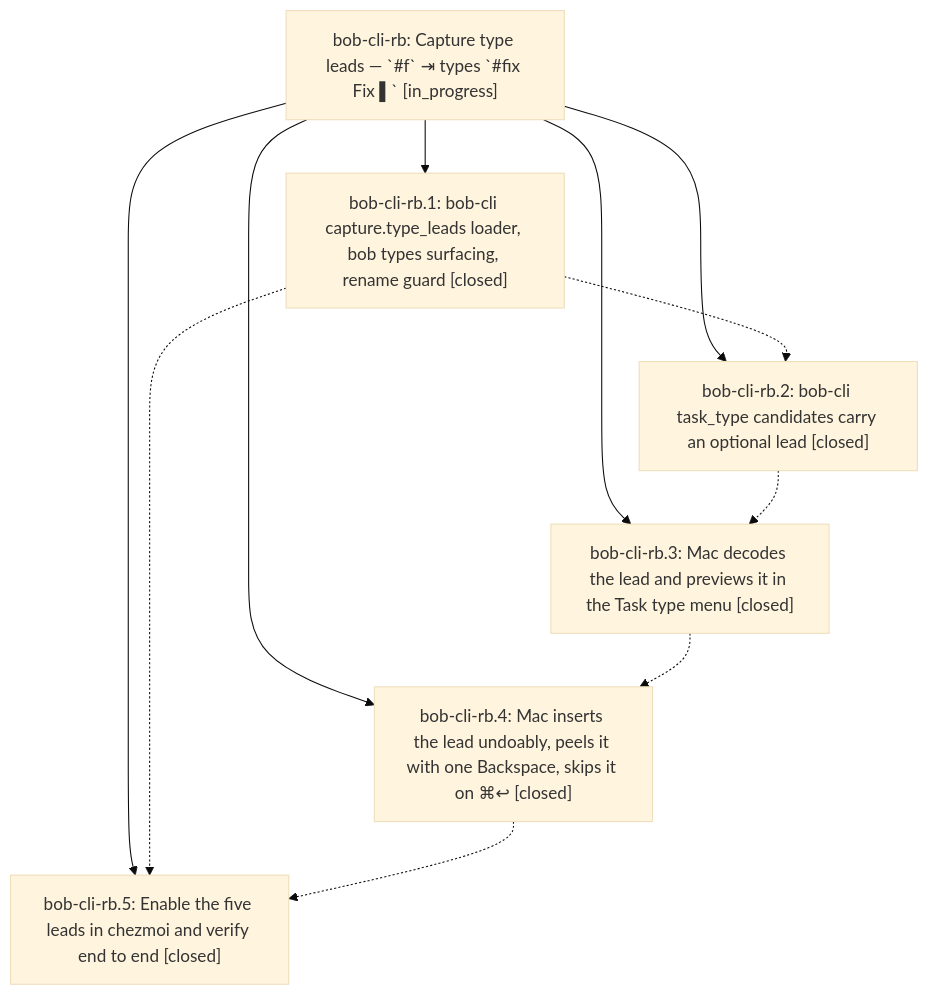
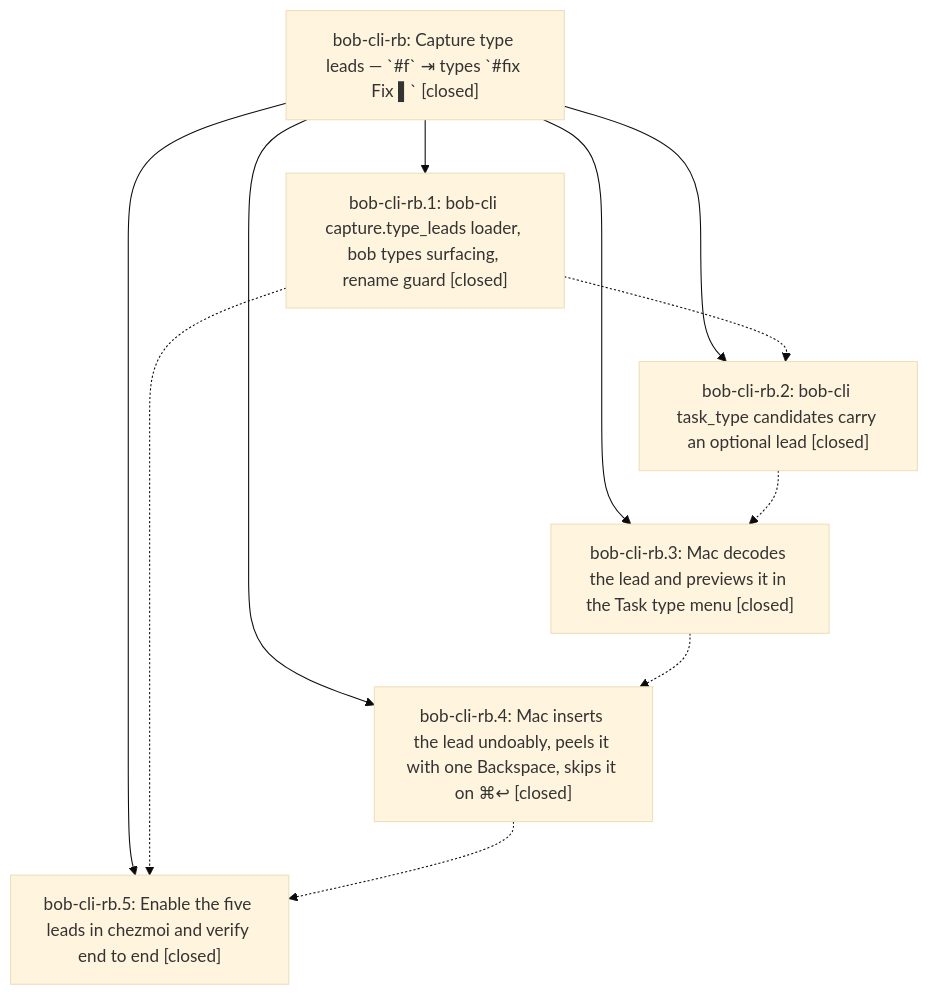
Before and after one commit to bobs-org/bob-cli--beads: the diagram in pages/bob-cli-rb/README.md, drawn with Mermaid (base theme). The commit also changed other lines of this file and 2 other files, not shown here.

First line of the commit message:
chore(beads): sync bead state and pages for bob-cli-rb

````diff
--- a/pages/bob-cli-rb/README.md
+++ b/pages/bob-cli-rb/README.md
@@ -40,19 +44,19 @@
 ```mermaid
 flowchart TD
-    n0["bob-cli-rb: Capture type leads — `#f` ⇥ types `#fix Fix ▌` [in_progress]"]
+    n0["bob-cli-rb: Capture type leads — `#f` ⇥ types `#fix Fix ▌` [closed]"]
     n1["bob-cli-rb.1: bob-cli capture.type_leads loader, bob types surfacing, rename guard [closed]"]
     n2["bob-cli-rb.2: bob-cli task_type candidates carry an optional lead [closed]"]
     n3["bob-cli-rb.3: Mac decodes the lead and previews it in the Task type menu [closed]"]
     n4["bob-cli-rb.4: Mac inserts the lead undoably, peels it with one Backspace, skips it on ⌘↩ [closed]"]
     n5["bob-cli-rb.5: Enable the five leads in chezmoi and verify end to end [closed]"]
     n0 --> n1
     n0 --> n2
     n0 --> n3
     n0 --> n4
     n0 --> n5
     n1 -.-> n2
     n1 -.-> n5
     n2 -.-> n3
     n3 -.-> n4
     n4 -.-> n5
 ```
````
